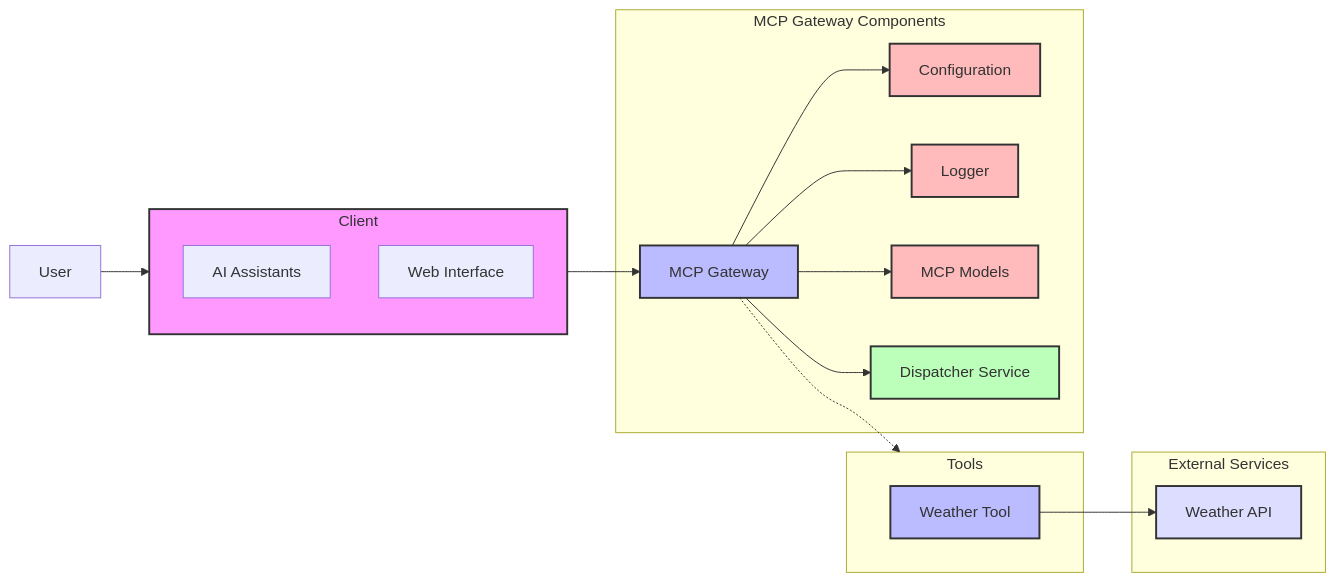
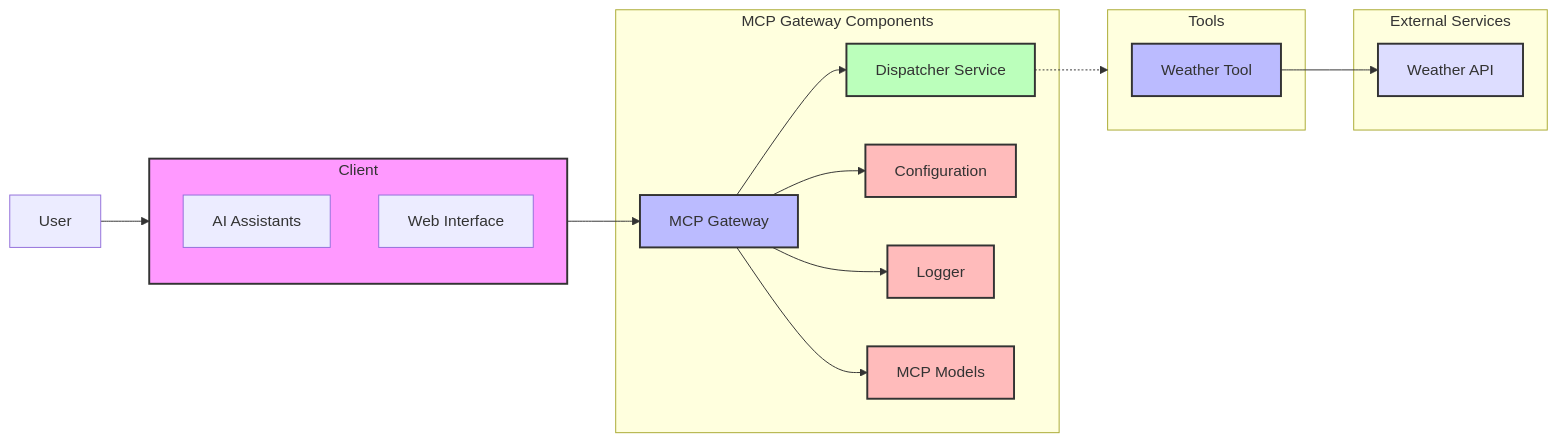
One commit to joewang8848/demomcp changed the second of 2 diagrams in README.md. Above: the diagram before and after it, drawn with Mermaid. The commit also changed other lines of this file, not shown here.

````diff
--- a/README.md
+++ b/README.md
@@ -17,38 +25,37 @@
 ```mermaid
 graph LR
     User[User] --> Client
     
     subgraph Client
         AI[AI Assistants]
         Web[Web Interface]
     end
-    
-    Client --> MCPGateway[MCP Gateway]
-    MCPGateway -.-> Tools
+      Client --> MCPGateway[MCP Gateway]
+    Dispatcher -.-> Tools
     
     subgraph Tools
         WeatherTool[Weather Tool]
     end
     
     subgraph External Services
         API[Weather API]
     end
     
     WeatherTool --> API
     
     subgraph MCP Gateway Components
         MCPGateway --> Config[Configuration]
         MCPGateway --> Logger[Logger]
         MCPGateway --> Models[MCP Models]
         MCPGateway --> Dispatcher[Dispatcher Service]
     end
     
     style Client fill:#f9f,stroke:#333,stroke-width:2px
     style MCPGateway fill:#bbf,stroke:#333,stroke-width:2px
     style Dispatcher fill:#bfb,stroke:#333,stroke-width:2px
     style WeatherTool fill:#bbf,stroke:#333,stroke-width:2px
     style API fill:#ddf,stroke:#333,stroke-width:2px
     style Config fill:#fbb,stroke:#333,stroke-width:2px
     style Logger fill:#fbb,stroke:#333,stroke-width:2px
     style Models fill:#fbb,stroke:#333,stroke-width:2px
 ```
````
